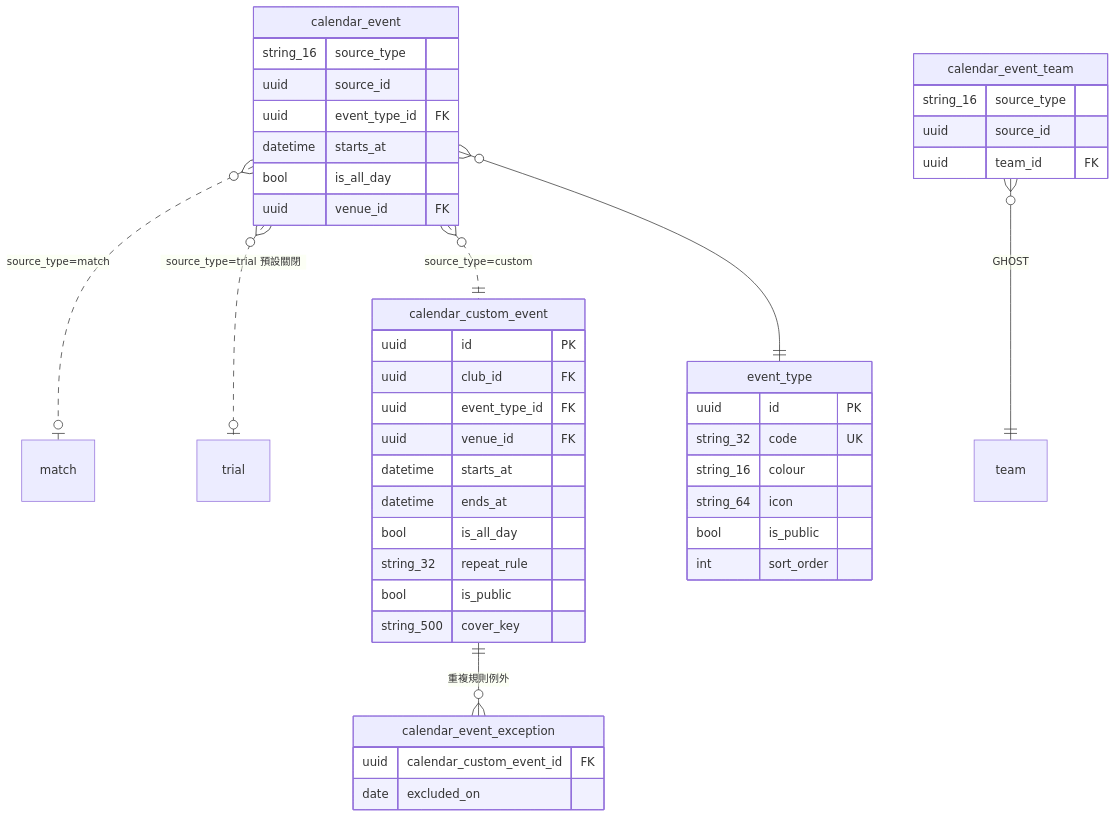
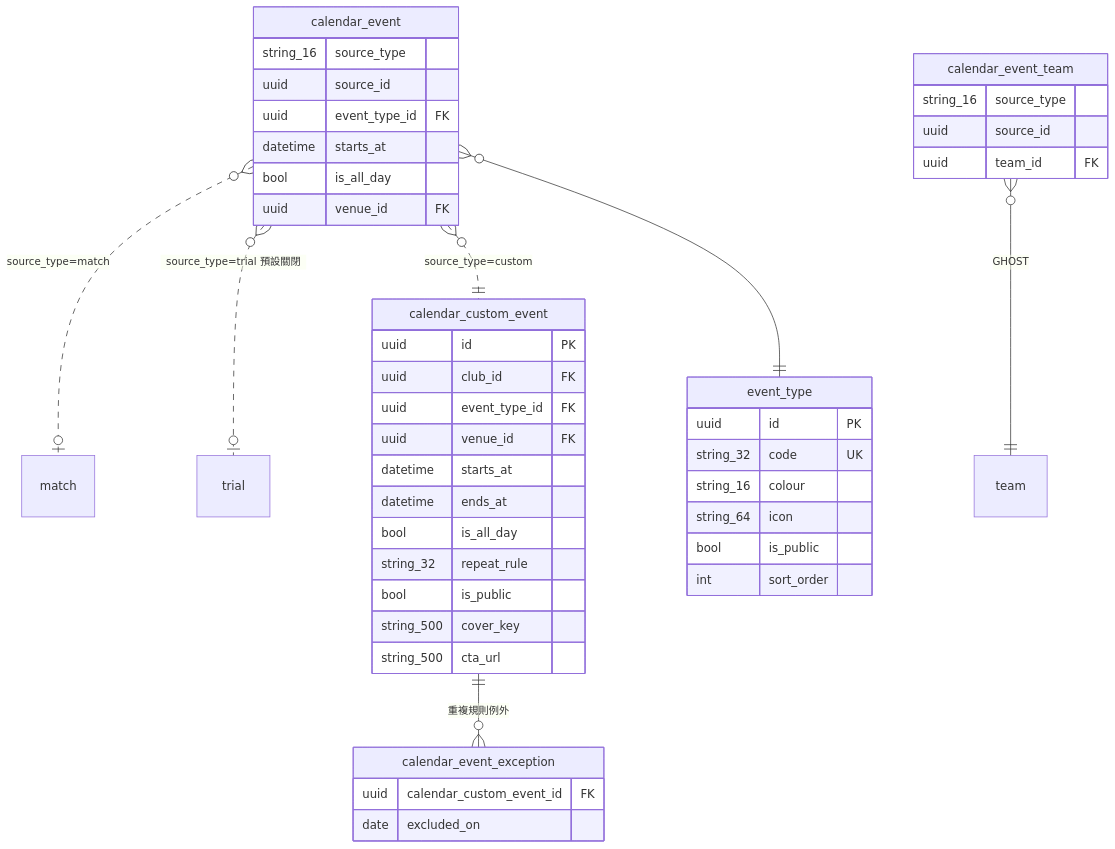
Before and after one commit to waiting0201/tcrfc: the fourth of 16 diagrams in docs/12a-database-erd.md, drawn with Mermaid. The commit also changed other lines of this file and 3 other files, not shown here.

````diff
--- a/docs/12a-database-erd.md
+++ b/docs/12a-database-erd.md
@@ -296,46 +304,47 @@
 ```mermaid
 erDiagram
   calendar_event }o..o| match : "source_type=match"
   calendar_event }o..o| trial : "source_type=trial 預設關閉"
   calendar_event }o..|| calendar_custom_event : "source_type=custom"
   calendar_event }o--|| event_type : ""
   calendar_event_team }o--|| team : "GHOST"
   calendar_custom_event ||--o{ calendar_event_exception : "重複規則例外"
   calendar_event {
     string_16 source_type
     uuid source_id
     uuid event_type_id FK
     datetime starts_at
     bool is_all_day
     uuid venue_id FK
   }
   calendar_custom_event {
     uuid id PK
     uuid club_id FK
     uuid event_type_id FK
     uuid venue_id FK
     datetime starts_at
     datetime ends_at
     bool is_all_day
     string_32 repeat_rule
     bool is_public
     string_500 cover_key
+    string_500 cta_url
   }
   calendar_event_team {
     string_16 source_type
     uuid source_id
     uuid team_id FK
   }
   calendar_event_exception {
     uuid calendar_custom_event_id FK
     date excluded_on
   }
   event_type {
     uuid id PK
     string_32 code UK
     string_16 colour
     string_64 icon
     bool is_public
     int sort_order
   }
 ```
````
